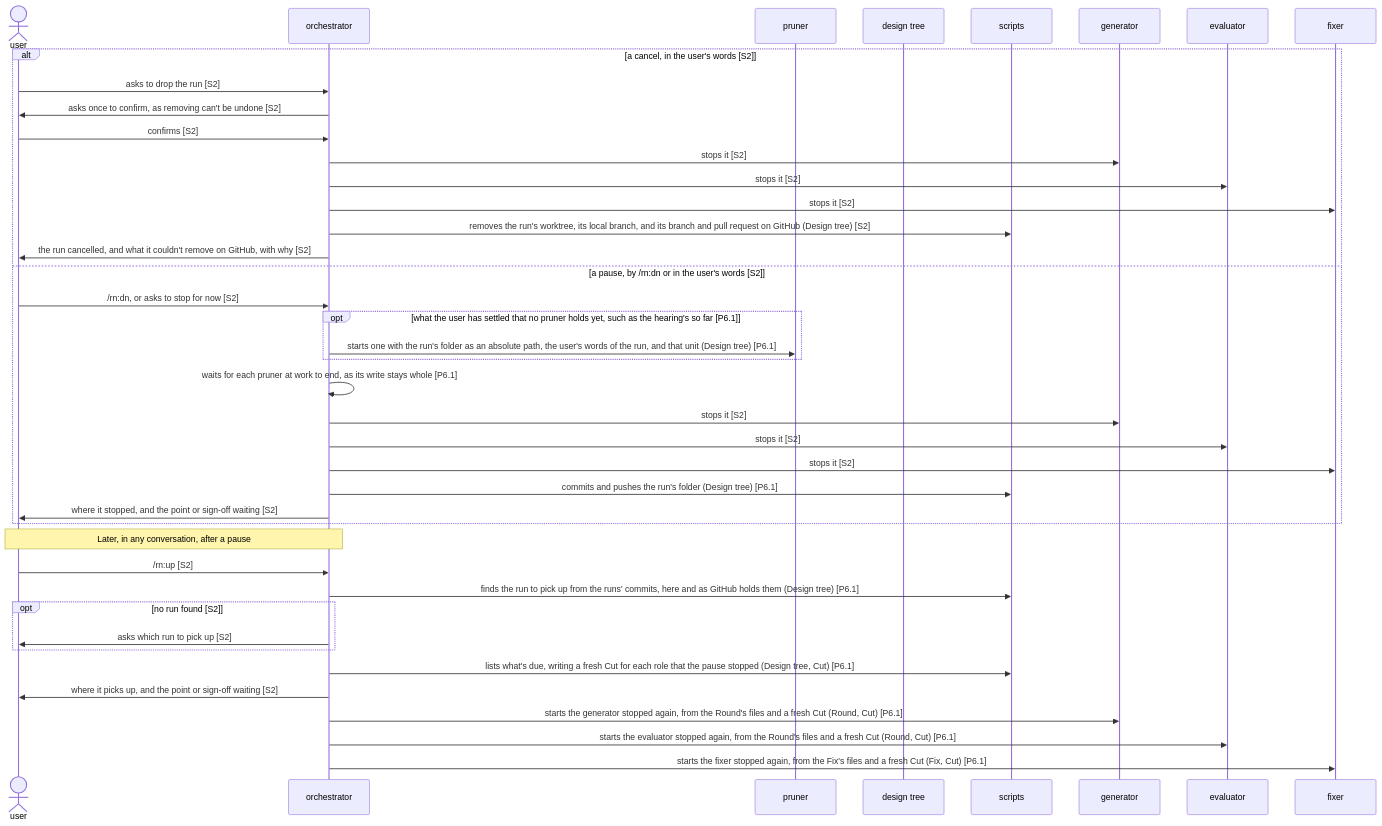
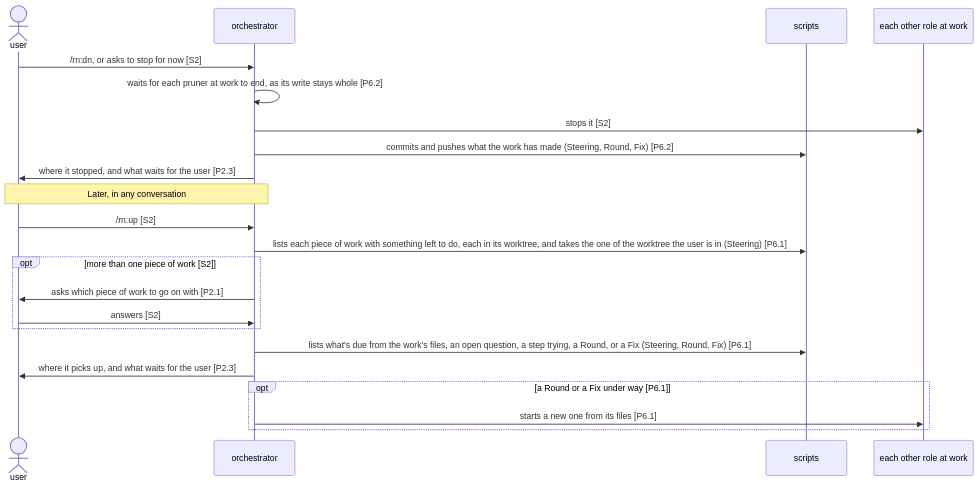
One commit to lovaizu/ccpm changed the second of 3 diagrams in dev/rn/architecture.md. Above: the diagram before and after it, drawn with Mermaid. The commit also changed other lines of this file and 168 other files, not shown here.

Commit message:
rn 0.12.0: the user sees what they asked for work early, from the least that runs for the need they pick (#91)

````diff
--- a/dev/rn/architecture.md
+++ b/dev/rn/architecture.md
@@ -385,43 +332,24 @@
 ```mermaid
 sequenceDiagram
   actor U as user
   participant O as orchestrator
-  participant P as pruner
-  participant T as design tree
   participant S as scripts
-  participant G as generator
-  participant E as evaluator
-  participant F as fixer
-  alt a cancel, in the user's words [S2]
-    U->>O: asks to drop the run [S2]
-    O->>U: asks once to confirm, as removing can't be undone [S2]
-    U->>O: confirms [S2]
-    O->>G: stops it [S2]
-    O->>E: stops it [S2]
-    O->>F: stops it [S2]
-    O->>S: removes the run's worktree, its local branch, and its branch and pull request on GitHub (Design tree) [S2]
-    O->>U: the run cancelled, and what it couldn't remove on GitHub, with why [S2]
-  else a pause, by /rn:dn or in the user's words [S2]
-    U->>O: /rn:dn, or asks to stop for now [S2]
-    opt what the user has settled that no pruner holds yet, such as the hearing's so far [P6.1]
-      O->>P: starts one with the run's folder as an absolute path, the user's words of the run, and that unit (Design tree) [P6.1]
-    end
-    O->>O: waits for each pruner at work to end, as its write stays whole [P6.1]
-    O->>G: stops it [S2]
-    O->>E: stops it [S2]
-    O->>F: stops it [S2]
-    O->>S: commits and pushes the run's folder (Design tree) [P6.1]
-    O->>U: where it stopped, and the point or sign-off waiting [S2]
+  participant W as each other role at work
+  U->>O: /rn:dn, or asks to stop for now [S2]
+  O->>O: waits for each pruner at work to end, as its write stays whole [P6.2]
+  O->>W: stops it [S2]
+  O->>S: commits and pushes what the work has made (Steering, Round, Fix) [P6.2]
+  O->>U: where it stopped, and what waits for the user [P2.3]
+  Note over U,O: Later, in any conversation
+  U->>O: /rn:up [S2]
+  O->>S: lists each piece of work with something left to do, each in its worktree, and takes the one of the worktree the user is in (Steering) [P6.1]
+  opt more than one piece of work [S2]
+    O->>U: asks which piece of work to go on with [P2.1]
+    U->>O: answers [S2]
   end
-  Note over U,O: Later, in any conversation, after a pause
-  U->>O: /rn:up [S2]
-  O->>S: finds the run to pick up from the runs' commits, here and as GitHub holds them (Design tree) [P6.1]
-  opt no run found [S2]
-    O->>U: asks which run to pick up [S2]
+  O->>S: lists what's due from the work's files, an open question, a step trying, a Round, or a Fix (Steering, Round, Fix) [P6.1]
+  O->>U: where it picks up, and what waits for the user [P2.3]
+  opt a Round or a Fix under way [P6.1]
+    O->>W: starts a new one from its files [P6.1]
   end
-  O->>S: lists what's due, writing a fresh Cut for each role that the pause stopped (Design tree, Cut) [P6.1]
-  O->>U: where it picks up, and the point or sign-off waiting [S2]
-  O->>G: starts the generator stopped again, from the Round's files and a fresh Cut (Round, Cut) [P6.1]
-  O->>E: starts the evaluator stopped again, from the Round's files and a fresh Cut (Round, Cut) [P6.1]
-  O->>F: starts the fixer stopped again, from the Fix's files and a fresh Cut (Fix, Cut) [P6.1]
 ```
````
